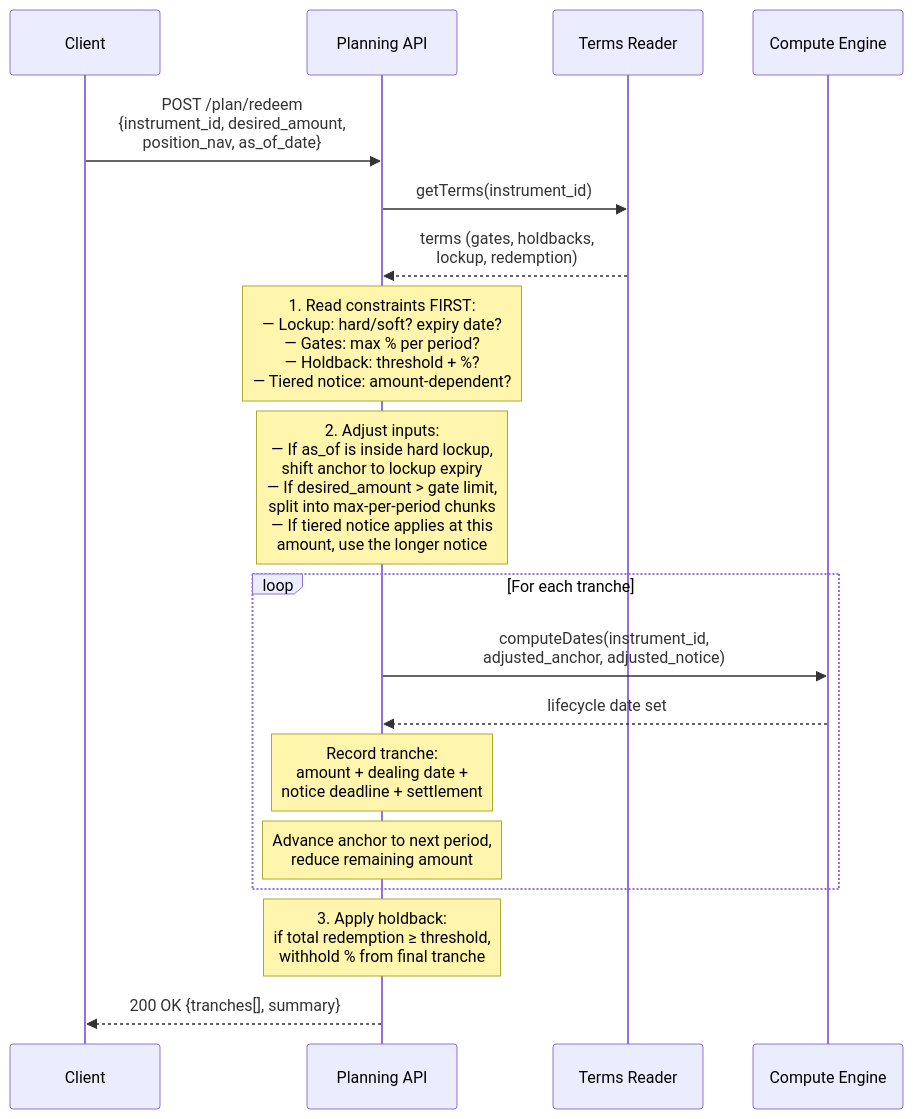
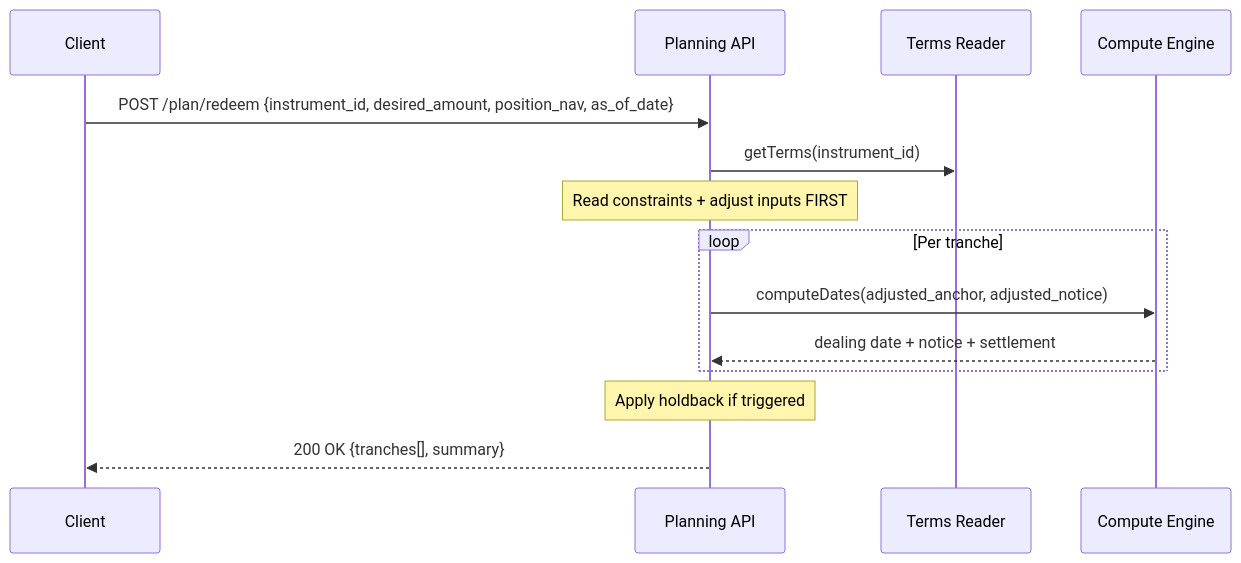
The third of 3 diagrams in lcs-main/docs/architecture.md (Ashu290905/OSYTE), drawn with Mermaid before and after one commit. The commit also changed other lines of this file, not shown here.

First line of the commit message:
Rewrite architecture: 3 separate APIs, simplified, examples throughout

````diff
--- a/lcs-main/docs/architecture.md
+++ b/lcs-main/docs/architecture.md
@@ -366,27 +326,21 @@
 ```mermaid
 sequenceDiagram
     participant Client
-    participant PlanAPI as Planning API
+    participant Plan as Planning API
     participant TR as Terms Reader
     participant CE as Compute Engine
 
-    Client->>PlanAPI: POST /plan/redeem<br/>{instrument_id, desired_amount,<br/> position_nav, as_of_date}
+    Client->>Plan: POST /plan/redeem {instrument_id, desired_amount, position_nav, as_of_date}
+    Plan->>TR: getTerms(instrument_id)
 
-    PlanAPI->>TR: getTerms(instrument_id)
-    TR-->>PlanAPI: terms (gates, holdbacks,<br/>lockup, redemption)
+    Note over Plan: Read constraints + adjust inputs FIRST
 
-    Note over PlanAPI: 1. Read constraints FIRST:<br/>— Lockup: hard/soft? expiry date?<br/>— Gates: max % per period?<br/>— Holdback: threshold + %?<br/>— Tiered notice: amount-dependent?
-
-    Note over PlanAPI: 2. Adjust inputs:<br/>— If as_of is inside hard lockup,<br/>  shift anchor to lockup expiry<br/>— If desired_amount > gate limit,<br/>  split into max-per-period chunks<br/>— If tiered notice applies at this<br/>  amount, use the longer notice
-
-    loop For each tranche
-        PlanAPI->>CE: computeDates(instrument_id,<br/>adjusted_anchor, adjusted_notice)
-        CE-->>PlanAPI: lifecycle date set
-        Note over PlanAPI: Record tranche:<br/>amount + dealing date +<br/>notice deadline + settlement
-        Note over PlanAPI: Advance anchor to next period,<br/>reduce remaining amount
+    loop Per tranche
+        Plan->>CE: computeDates(adjusted_anchor, adjusted_notice)
+        CE-->>Plan: dealing date + notice + settlement
     end
 
-    Note over PlanAPI: 3. Apply holdback:<br/>if total redemption ≥ threshold,<br/>withhold % from final tranche
+    Note over Plan: Apply holdback if triggered
 
-    PlanAPI-->>Client: 200 OK {tranches[], summary}
+    Plan-->>Client: 200 OK {tranches[], summary}
 ```
````
